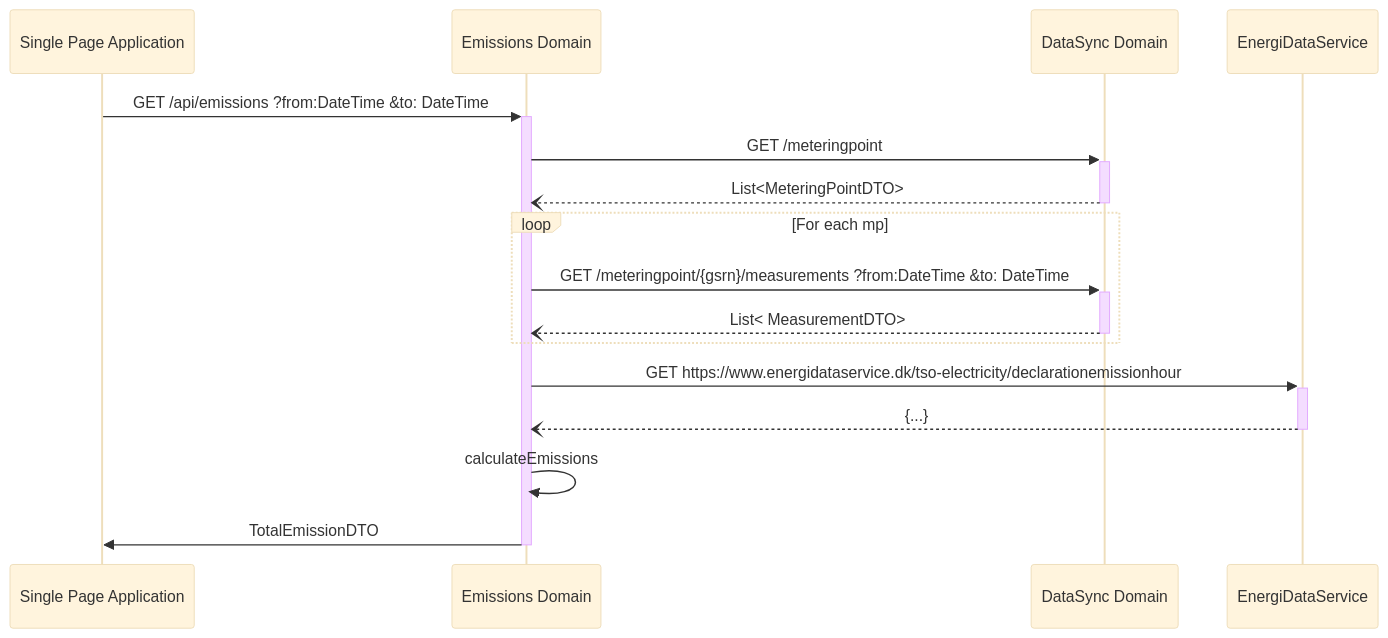
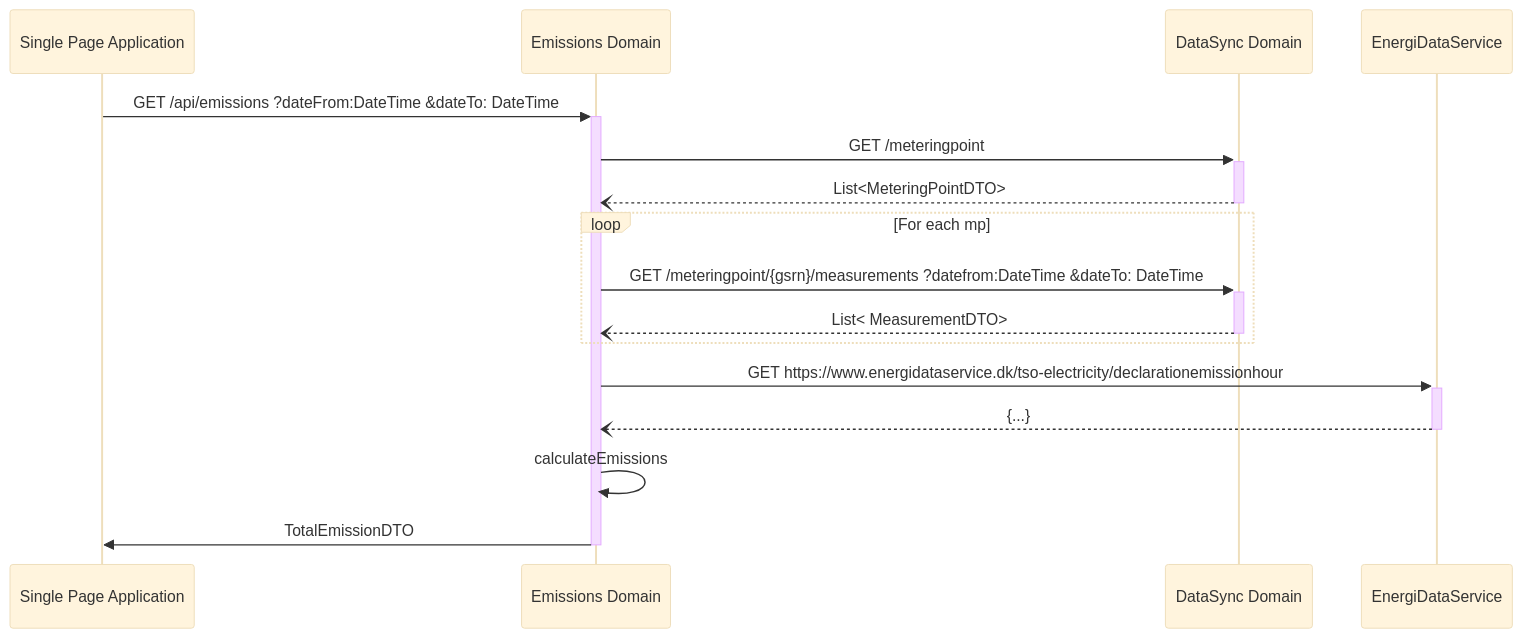
One commit to Energinet-DataHub/energy-origin changed the first of 2 diagrams in doc/api/emissions.md. Above: the diagram before and after it, drawn with Mermaid (base theme).

````diff
--- a/doc/api/emissions.md
+++ b/doc/api/emissions.md
@@ -94,25 +94,25 @@
 ```mermaid
 sequenceDiagram
     participant spa as Single Page Application
     participant em as Emissions Domain
     participant ds as DataSync Domain
     participant eds as EnergiDataService
 
-    spa->>+ em: GET /api/emissions  ?from:DateTime  &to: DateTime
+    spa->>+ em: GET /api/emissions  ?dateFrom:DateTime  &dateTo: DateTime
     
     em->>+ ds: GET /meteringpoint
     ds--)- em: List<MeteringPointDTO>
     
     loop For each mp
-      em ->>+ ds: GET /meteringpoint/{gsrn}/measurements  ?from:DateTime  &to: DateTime 
+      em ->>+ ds: GET /meteringpoint/{gsrn}/measurements  ?datefrom:DateTime  &dateTo: DateTime 
         
       ds --)- em: List< MeasurementDTO>
     end
     em->>+ eds: GET https://www.energidataservice.dk/tso-electricity/declarationemissionhour
     eds--)- em: {...}
 
     em->> em: calculateEmissions
 
     em->>- spa: TotalEmissionDTO
 
 ```
````
